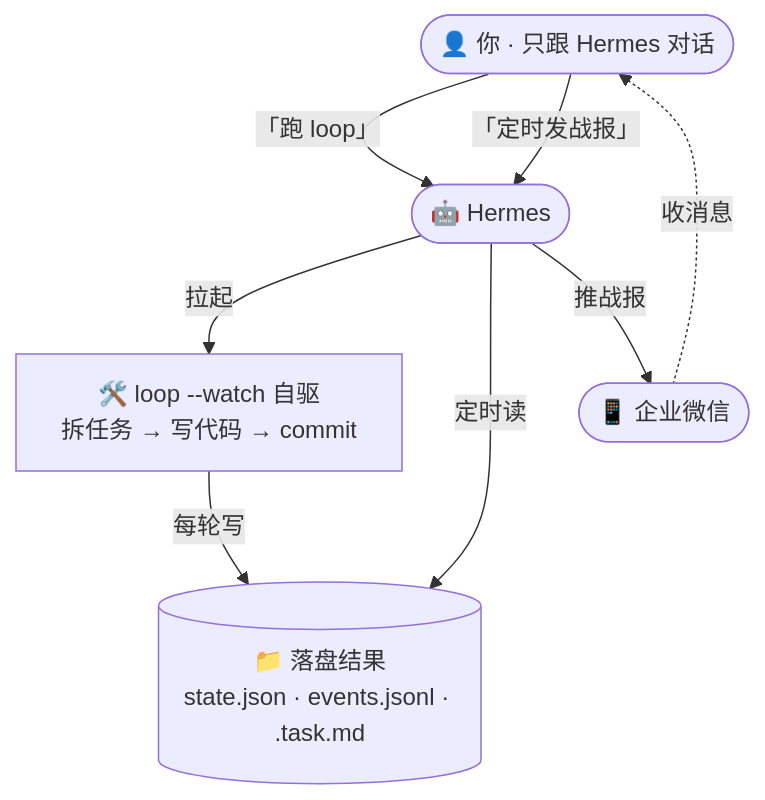
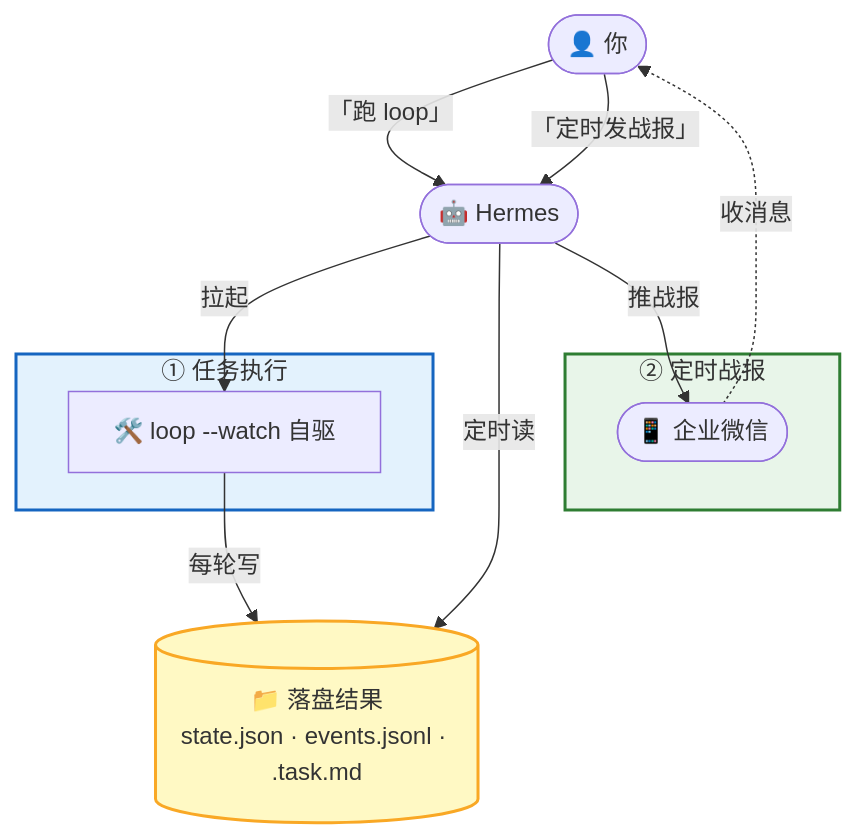
One commit to free-wyq/swallow changed the diagram in hermes-guide.md. Above: the diagram before and after it, drawn with Mermaid.

Commit message:
docs(hermes-guide): 总览图加色块分组——①任务执行/②定时战报两块视觉对齐正文

````diff
--- a/hermes-guide.md
+++ b/hermes-guide.md
@@ -3,16 +3,27 @@
 ```mermaid
 flowchart TB
-    You([👤 你 · 只跟 Hermes 对话])
+    You([👤 你])
     Hermes([🤖 Hermes])
-    Watch["🛠️ loop --watch 自驱<br/>拆任务 → 写代码 → commit"]
+
+    subgraph run["① 任务执行"]
+      Watch["🛠️ loop --watch 自驱"]
+    end
+
     Disk[("📁 落盘结果<br/>state.json · events.jsonl · .task.md")]
-    WeCom([📱 企业微信])
+
+    subgraph report["② 定时战报"]
+      WeCom([📱 企业微信])
+    end
 
     You -->|"「跑 loop」"| Hermes
     Hermes -->|"拉起"| Watch
     Watch -->|"每轮写"| Disk
     You -->|"「定时发战报」"| Hermes
     Hermes -->|"定时读"| Disk
     Hermes -->|"推战报"| WeCom
     WeCom -.->|"收消息"| You
+
+    style run fill:#e3f2fd,stroke:#1565c0,stroke-width:2px
+    style report fill:#e8f5e9,stroke:#2e7d32,stroke-width:2px
+    style Disk fill:#fff9c4,stroke:#f9a825,stroke-width:2px
 ```
````
